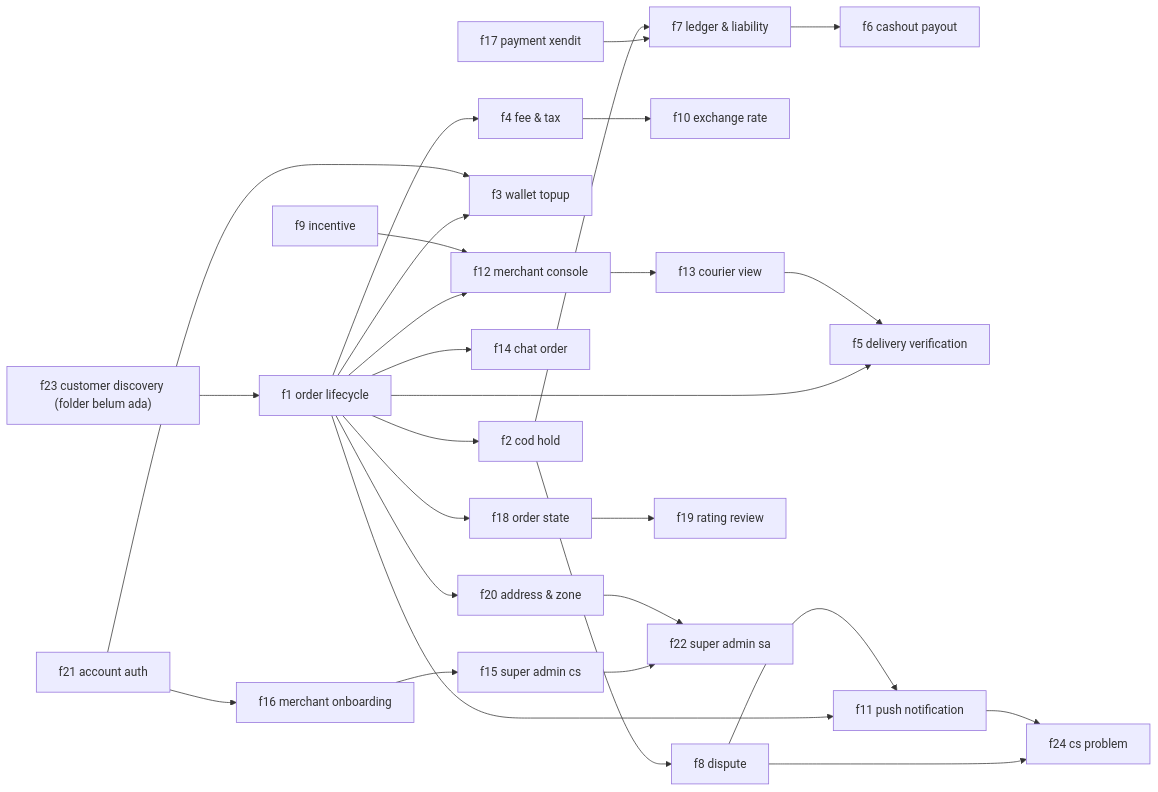
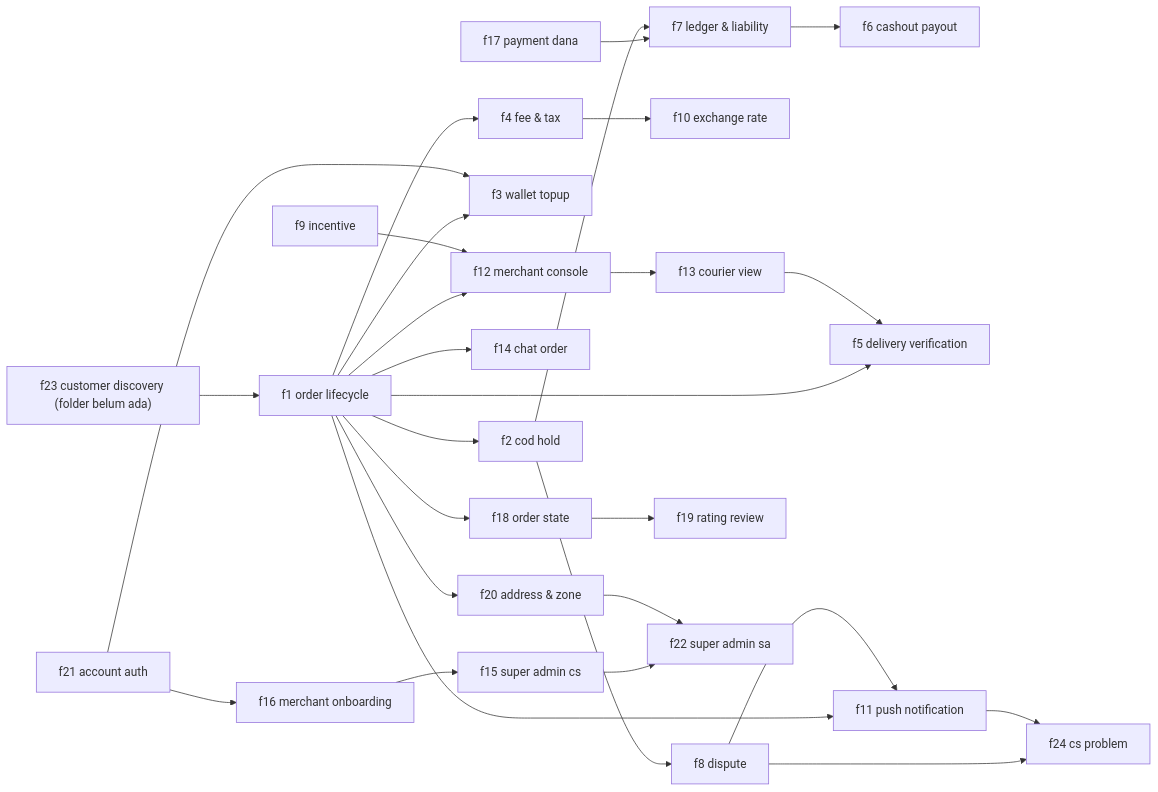
Before and after one commit to argasokataman-code/za7tein-pwa: the first of 20 diagrams in docs/design/flows/API-SPEC.md, drawn with Mermaid. The commit also changed other lines of this file and 72 other files, not shown here.

First line of the commit message:
feat(dana): ganti seluruh penamaan Xendit + layar VA/QRIS customer

````diff
--- a/docs/design/flows/API-SPEC.md
+++ b/docs/design/flows/API-SPEC.md
@@ -808,30 +808,30 @@
 ```mermaid
 flowchart LR
-  F17["f17 payment xendit"] --> F7["f7 ledger & liability"]
+  F17["f17 payment dana"] --> F7["f7 ledger & liability"]
   F1["f1 order lifecycle"] --> F2["f2 cod hold"]
   F2 --> F7
   F7 --> F6["f6 cashout payout"]
   F1 --> F3["f3 wallet topup"]
   F1 --> F4["f4 fee & tax"]
   F4 --> F10["f10 exchange rate"]
   F1 --> F5["f5 delivery verification"]
   F1 --> F11["f11 push notification"]
   F1 --> F14["f14 chat order"]
   F1 --> F18["f18 order state"]
   F1 --> F20["f20 address & zone"]
   F1 --> F12["f12 merchant console"]
   F12 --> F13["f13 courier view"]
   F13 --> F5
   F2 --> F8["f8 dispute"]
   F8 --> F11
   F8 --> F24["f24 cs problem"]
   F11 --> F24
   F18 --> F19["f19 rating review"]
   F9["f9 incentive"] --> F12
   F21["f21 account auth"] --> F3
   F21 --> F16["f16 merchant onboarding"]
   F16 --> F15["f15 super admin cs"]
   F15 --> F22["f22 super admin sa"]
   F20 --> F22
   F23["f23 customer discovery (folder belum ada)"] --> F1
 ```
````
